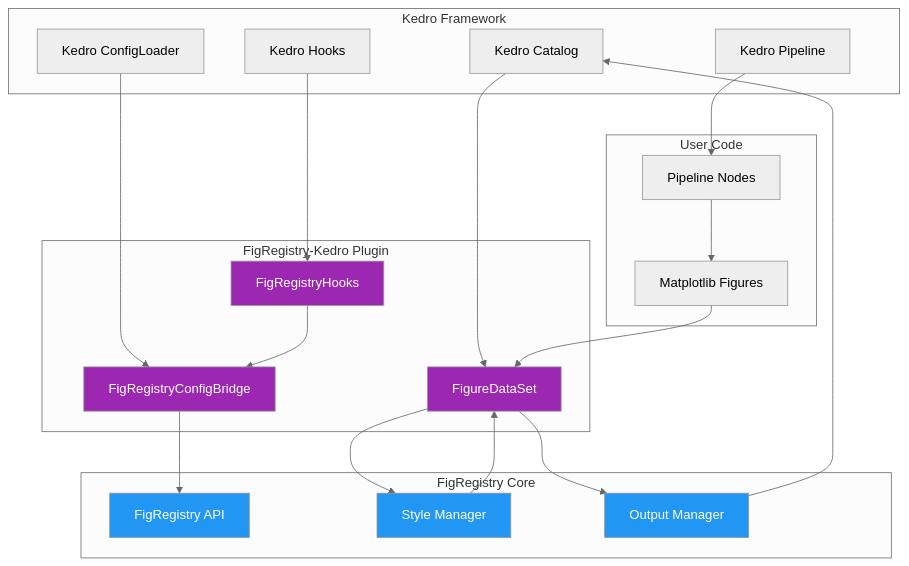
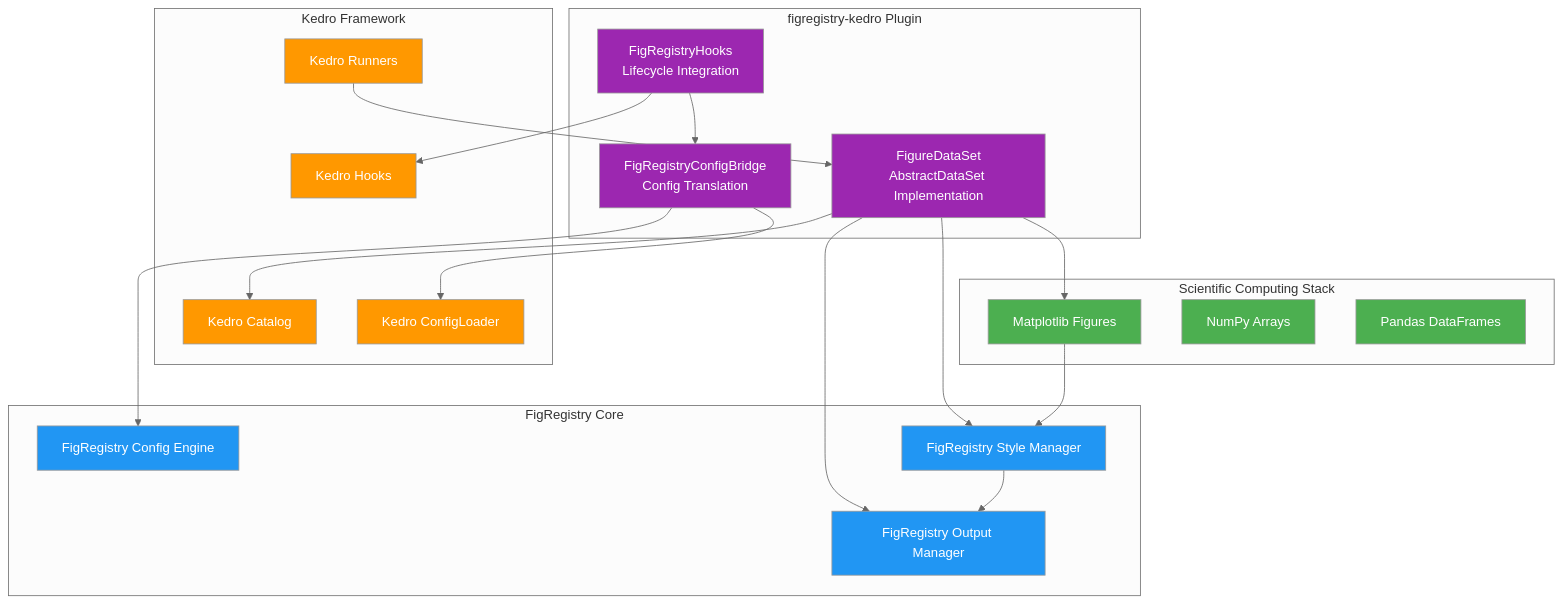
Before and after one commit to SamuelBrudner/figregistry: the first of 2 diagrams in figregistry-kedro/docs/api/index.md, drawn with Mermaid (neutral theme). The commit also changed other lines of this file, not shown here.

Commit message:
File: figregistry-kedro/docs/api/index.md

````diff
--- a/figregistry-kedro/docs/api/index.md
+++ b/figregistry-kedro/docs/api/index.md
@@ -11,52 +29,53 @@
 ```mermaid
-graph TD
+graph TB
     subgraph "Kedro Framework"
-        KC[Kedro Catalog]
+        KC[Kedro Catalog] 
+        KR[Kedro Runners]
+        KH[Kedro Hooks]
         KCL[Kedro ConfigLoader]
-        KH[Kedro Hooks]
-        KP[Kedro Pipeline]
     end
     
-    subgraph "FigRegistry-Kedro Plugin"
-        FDS[FigureDataSet]
-        FRH[FigRegistryHooks]
-        FCB[FigRegistryConfigBridge]
+    subgraph "figregistry-kedro Plugin"
+        FDS[FigureDataSet<br/>AbstractDataSet Implementation]
+        FRH[FigRegistryHooks<br/>Lifecycle Integration]
+        FCB[FigRegistryConfigBridge<br/>Config Translation]
     end
     
     subgraph "FigRegistry Core"
-        FR[FigRegistry API]
-        SM[Style Manager]
-        OM[Output Manager]
+        FC[FigRegistry Config Engine]
+        FSM[FigRegistry Style Manager] 
+        FOM[FigRegistry Output Manager]
     end
     
-    subgraph "User Code"
-        PN[Pipeline Nodes]
+    subgraph "Scientific Computing Stack"
         MPL[Matplotlib Figures]
+        NP[NumPy Arrays]
+        PD[Pandas DataFrames]
     end
     
-    %% Integration Flow
-    KCL --> FCB
-    FCB --> FR
-    KH --> FRH
+    %% Component relationships
+    FDS --> KC
+    FDS --> FSM
+    FDS --> FOM
+    FRH --> KH
     FRH --> FCB
-    KC --> FDS
-    FDS --> SM
-    FDS --> OM
-    PN --> MPL
-    MPL --> FDS
+    FCB --> KCL
+    FCB --> FC
     
-    %% Styling Relationships
-    KP --> PN
-    SM --> FDS
-    OM --> KC
+    %% Data flow
+    KR --> FDS
+    FDS --> MPL
+    MPL --> FSM
+    FSM --> FOM
     
-    %% Plugin Components in Purple
-    style FDS fill:#9c27b0,color:#fff
-    style FRH fill:#9c27b0,color:#fff
-    style FCB fill:#9c27b0,color:#fff
+    %% Styling
+    classDef plugin fill:#9c27b0,color:#fff
+    classDef kedro fill:#ff9800,color:#fff  
+    classDef figregistry fill:#2196f3,color:#fff
+    classDef scientific fill:#4caf50,color:#fff
     
-    %% Core Components in Blue
-    style FR fill:#2196f3,color:#fff
-    style SM fill:#2196f3,color:#fff
-    style OM fill:#2196f3,color:#fff
+    class FDS,FRH,FCB plugin
+    class KC,KR,KH,KCL kedro
+    class FC,FSM,FOM figregistry
+    class MPL,NP,PD scientific
 ```
````
